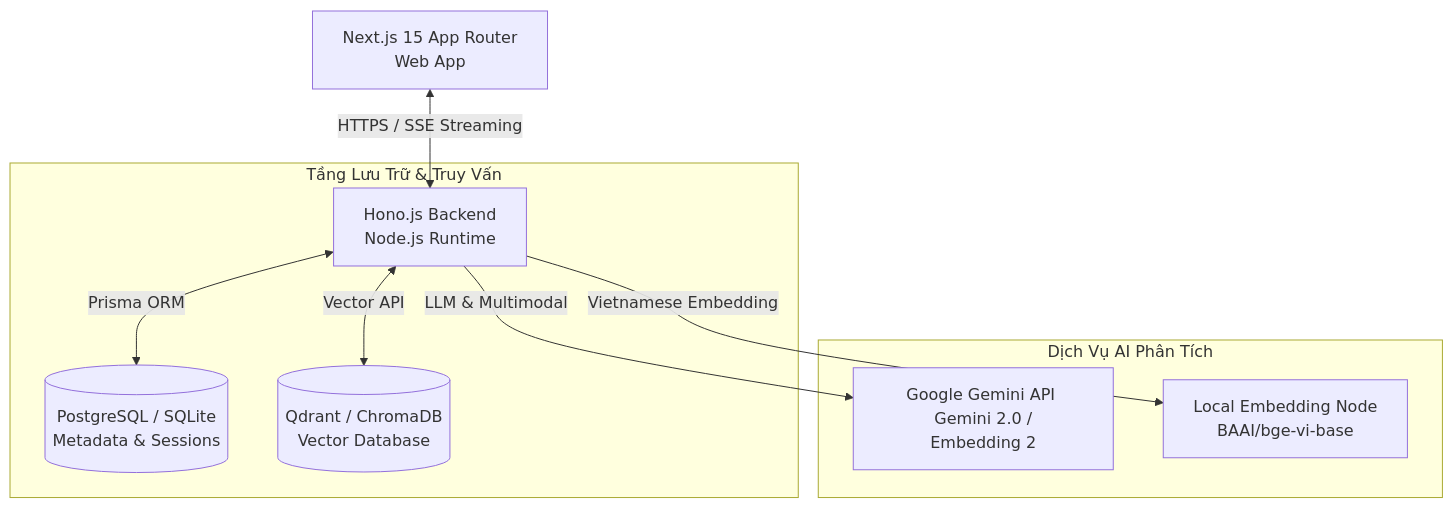
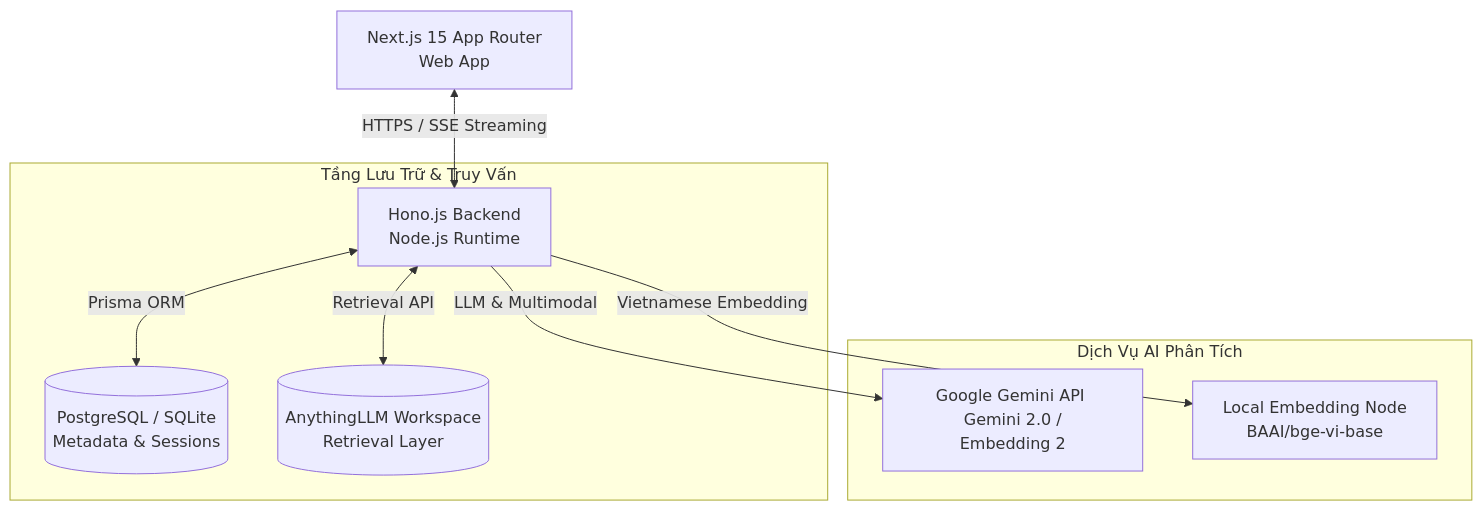
One commit to lgdlong/chatbot-rag-fptu-sdn changed the diagram in README.md. Above: the diagram before and after it, drawn with Mermaid. The commit also changed other lines of this file and 41 other files, not shown here.

````diff
--- a/README.md
+++ b/README.md
@@ -64,14 +64,14 @@
 ```mermaid
 graph TD
     Client[Next.js 15 App Router <br> Web App] <-->|HTTPS / SSE Streaming| API[Hono.js Backend <br> Node.js Runtime]
     
     subgraph Storage [Tầng Lưu Trữ & Truy Vấn]
         API <-->|Prisma ORM| RDB[(PostgreSQL / SQLite <br> Metadata & Sessions)]
-        API <-->|Vector API| VDB[(Qdrant / ChromaDB <br> Vector Database)]
+        API <-->|Retrieval API| VDB[(AnythingLLM Workspace <br> Retrieval Layer)]
     end
 
     subgraph AI_Services [Dịch Vụ AI Phân Tích]
         API -->|LLM & Multimodal| Gemini[Google Gemini API <br> Gemini 2.0 / Embedding 2]
         API -->|Vietnamese Embedding| LocalEmbedding[Local Embedding Node <br> BAAI/bge-vi-base]
     end
 ```
````
